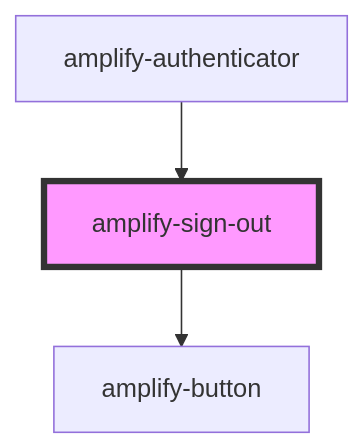
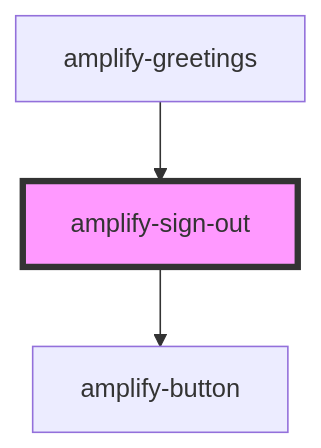
One commit to OneDev0411/amplify-js changed the diagram in packages/amplify-ui-components/src/components/amplify-sign-out/readme.md. Above: the diagram before and after it, drawn with Mermaid. The commit also changed other lines of this file and 18 other files, not shown here.

First line of the commit message:
feat(@aws-amplify/ui-components): amplify-greetings/amplify-nav (#4412)

````diff
--- a/packages/amplify-ui-components/src/components/amplify-sign-out/readme.md
+++ b/packages/amplify-ui-components/src/components/amplify-sign-out/readme.md
@@ -26,6 +26,6 @@
 ```mermaid
 graph TD;
   amplify-sign-out --> amplify-button
-  amplify-authenticator --> amplify-sign-out
+  amplify-greetings --> amplify-sign-out
   style amplify-sign-out fill:#f9f,stroke:#333,stroke-width:4px
 ```
````
